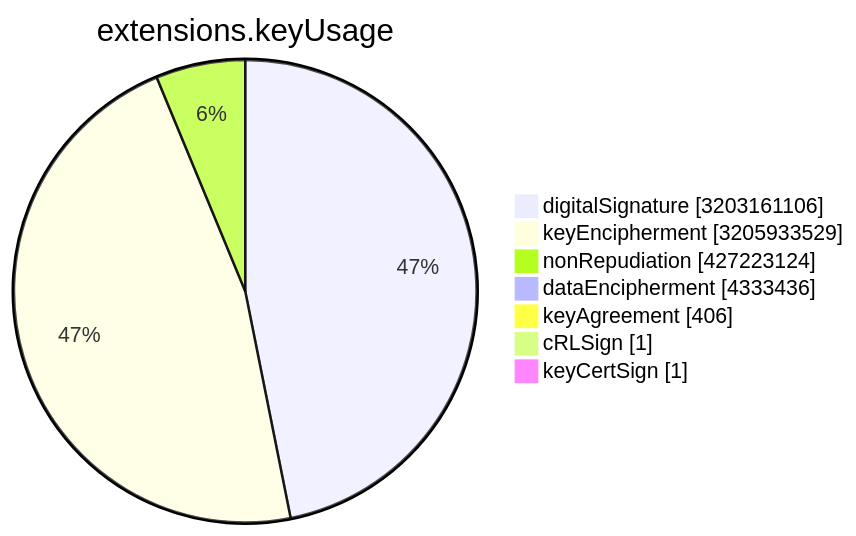
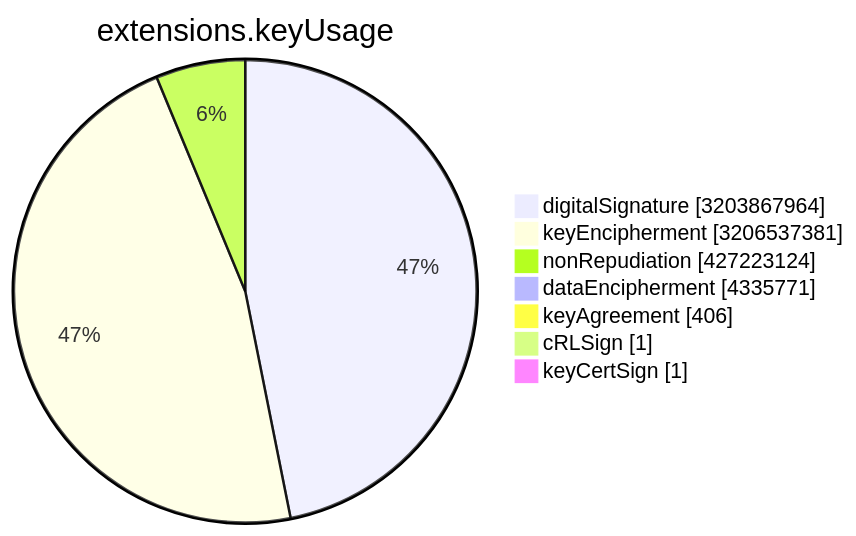
Before and after one commit to christiankrug/ctmonitor_visualization: the sixth of 15 diagrams in TOTAL/README.md, drawn with Mermaid. The commit also changed other lines of this file, not shown here.

````diff
--- a/TOTAL/README.md
+++ b/TOTAL/README.md
@@ -3077,11 +3077,11 @@
 ```mermaid
 pie showData
 title extensions.keyUsage
-"digitalSignature" :3203161106
-"keyEncipherment" :3205933529
+"digitalSignature" :3203867964
+"keyEncipherment" :3206537381
 "nonRepudiation" :427223124
-"dataEncipherment" :4333436
+"dataEncipherment" :4335771
 "keyAgreement" :406
 "cRLSign" :1
 "keyCertSign" :1
 ```
````
